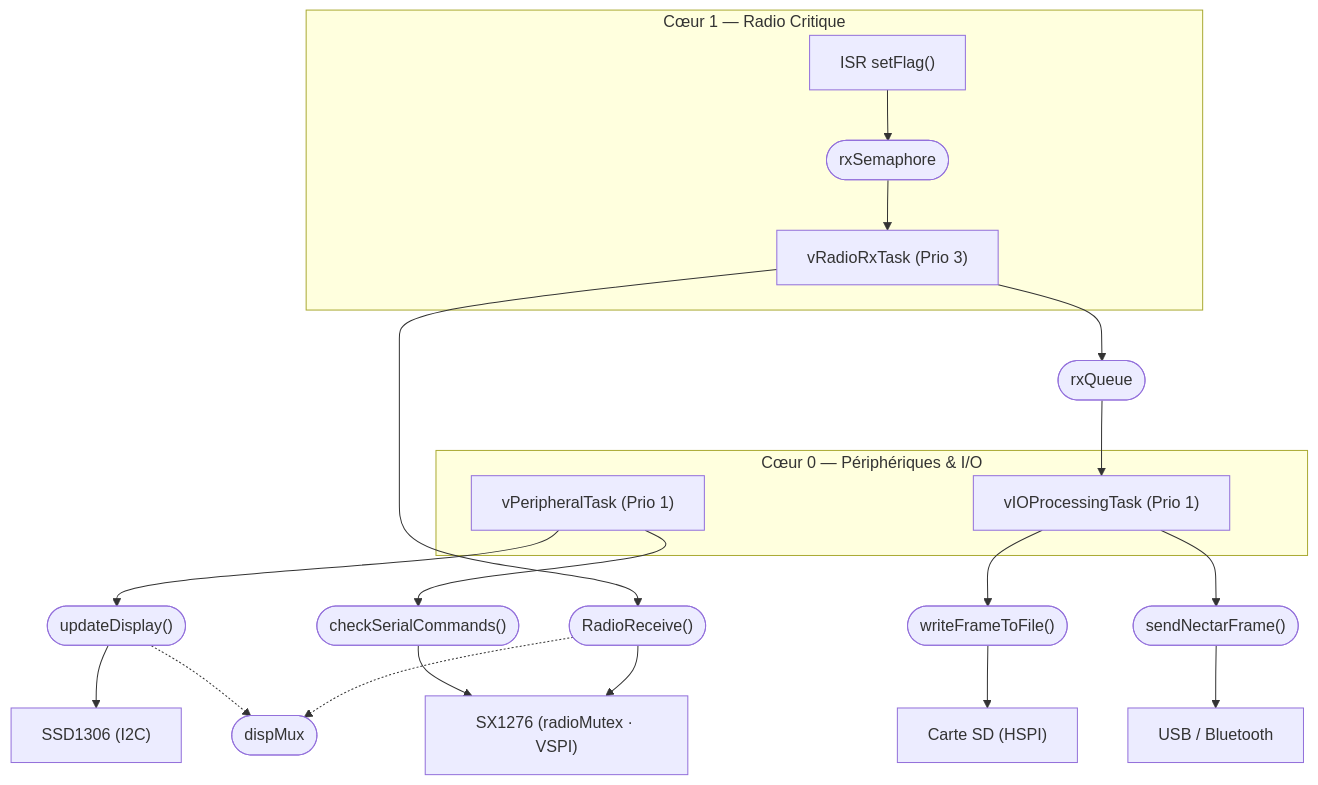
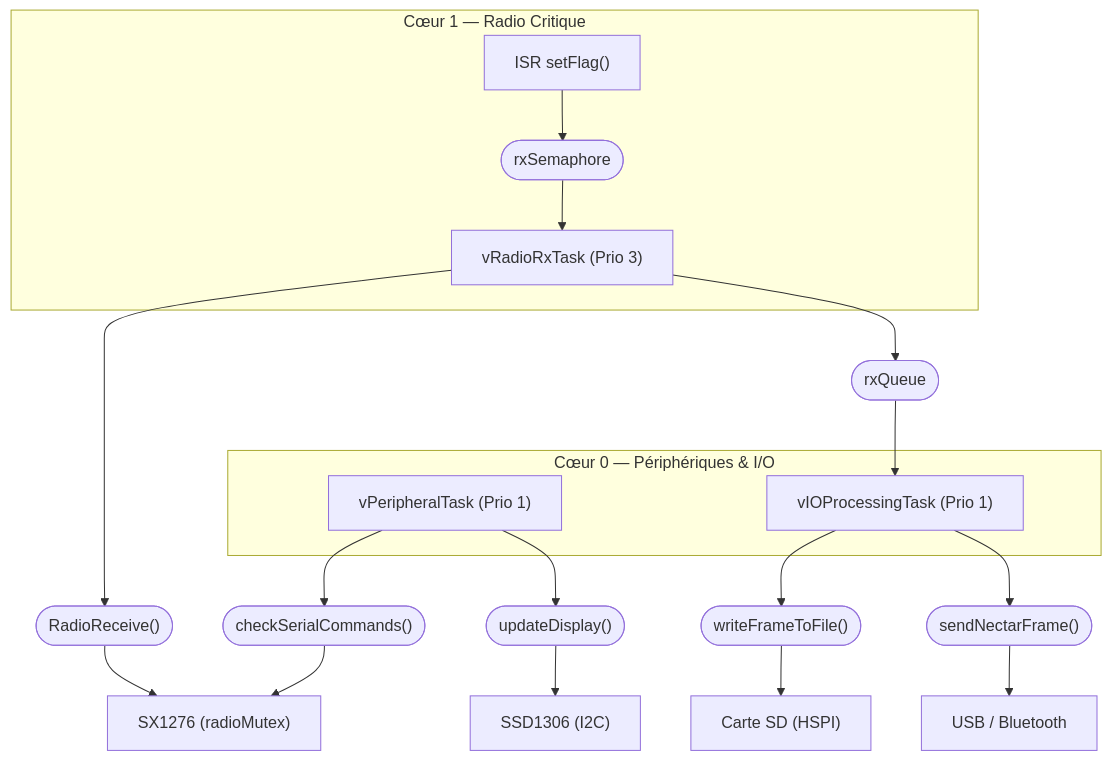
The diagram in README.md (axpaul/RocketStation-LoRa32), drawn with Mermaid before and after one commit.

Commit message:
docs: clean vertical Mermaid diagram matching original architecture style

````diff
--- a/README.md
+++ b/README.md
@@ -152,46 +152,43 @@
 ```mermaid
 graph TD
     subgraph C1["Cœur 1 — Radio Critique"]
         ISR["ISR setFlag()"]
         SEM(["rxSemaphore"])
         RADIO["vRadioRxTask (Prio 3)"]
         ISR --> SEM --> RADIO
     end
 
+    RECEIVE(["RadioReceive()"])
     QUEUE(["rxQueue"])
+
+    RADIO --> RECEIVE
     RADIO --> QUEUE
 
     subgraph C0["Cœur 0 — Périphériques & I/O"]
         PERIPH["vPeripheralTask (Prio 1)"]
         IO["vIOProcessingTask (Prio 1)"]
     end
 
     QUEUE --> IO
 
-    RECEIVE(["RadioReceive()"])
     CHECK(["checkSerialCommands()"])
     DISPLAY(["updateDisplay()"])
     WRITE(["writeFrameToFile()"])
     SEND(["sendNectarFrame()"])
-    SPINLOCK(["dispMux"])
 
-    RADIO --> RECEIVE
     PERIPH --> CHECK
     PERIPH --> DISPLAY
     IO --> WRITE
     IO --> SEND
 
-    RECEIVE -.-> SPINLOCK
-    DISPLAY -.-> SPINLOCK
-
-    SX["SX1276 (radioMutex · VSPI)"]
+    SX["SX1276 (radioMutex)"]
     OLED["SSD1306 (I2C)"]
     SD["Carte SD (HSPI)"]
     USB["USB / Bluetooth"]
 
     RECEIVE --> SX
     CHECK --> SX
     DISPLAY --> OLED
     WRITE --> SD
     SEND --> USB
 ```
````
